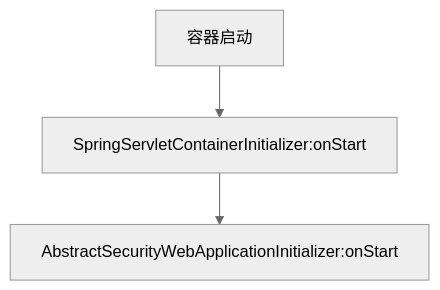
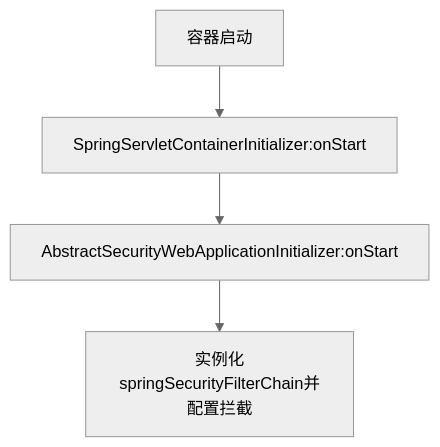
The diagram in spring/Spring Security 如何工作/Spring Security 如何工作.MD (LookBackInTheRain/uit-blog), drawn with Mermaid (neutral theme) before and after one commit. The commit also changed other lines of this file and 2 other files, not shown here.

````diff
--- a/spring/Spring Security 如何工作/Spring Security 如何工作.MD
+++ b/spring/Spring Security 如何工作/Spring Security 如何工作.MD
@@ -48,8 +84,10 @@
 ```mermaid
 graph TD
 A[容器启动]
 B[SpringServletContainerInitializer:onStart]
 C[AbstractSecurityWebApplicationInitializer:onStart]
+D[实例化springSecurityFilterChain并配置拦截]
 A-->B
 B-->C
+C-->D
 ```
````
